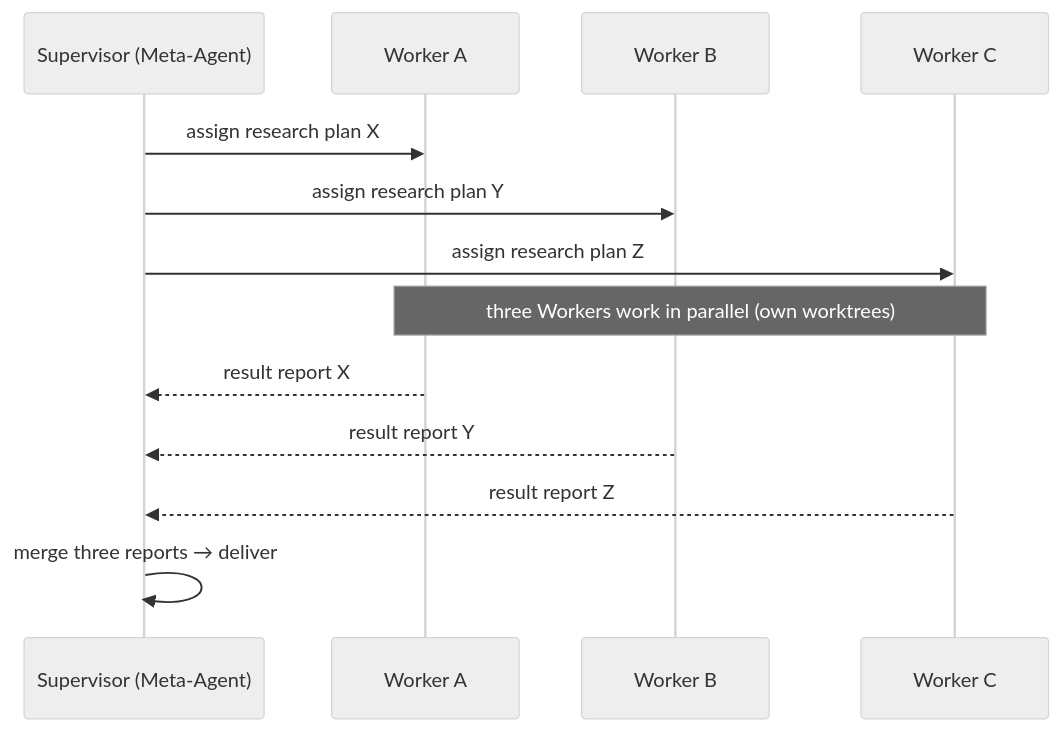
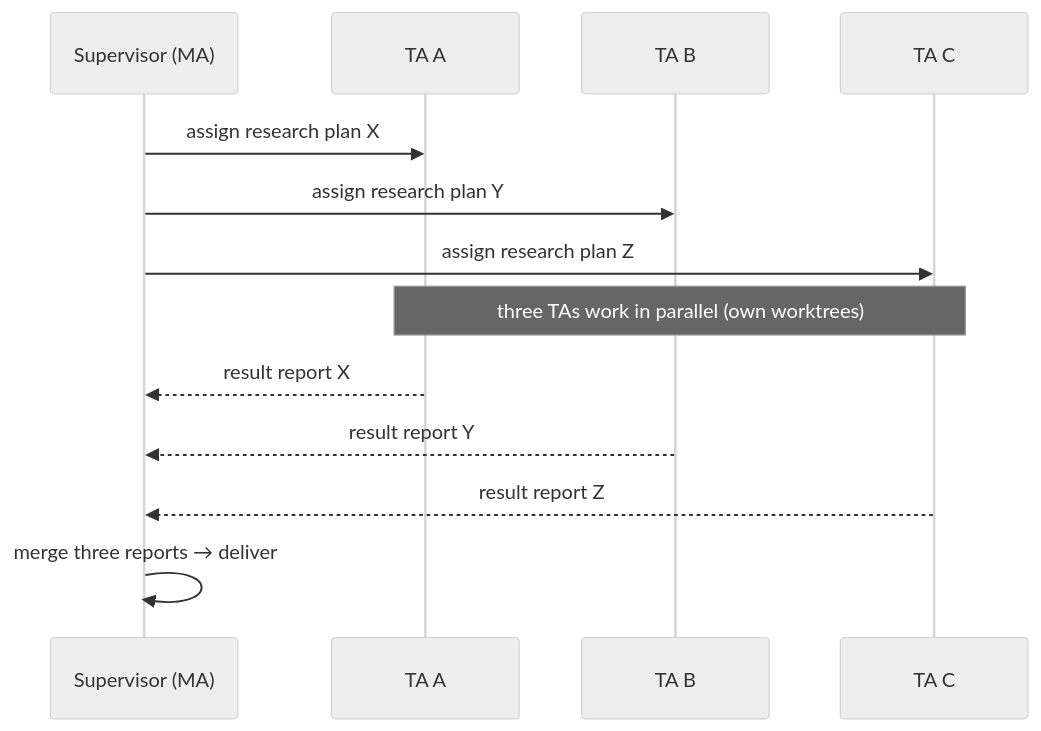
The diagram in README.en.md (AblazeGHR/pan), drawn with Mermaid (neutral theme) before and after one commit. The commit also changed other lines of this file and 9 other files, not shown here.

````diff
--- a/README.en.md
+++ b/README.en.md
@@ -151,15 +152,15 @@
 ```mermaid
 sequenceDiagram
-    participant Meta as Supervisor (Meta-Agent)
-    participant A as Worker A
-    participant B as Worker B
-    participant C as Worker C
+    participant Meta as Supervisor (MA)
+    participant A as TA A
+    participant B as TA B
+    participant C as TA C
     Meta->>A: assign research plan X
     Meta->>B: assign research plan Y
     Meta->>C: assign research plan Z
-    Note over A,C: three Workers work in parallel (own worktrees)
+    Note over A,C: three TAs work in parallel (own worktrees)
     A-->>Meta: result report X
     B-->>Meta: result report Y
     C-->>Meta: result report Z
     Meta->>Meta: merge three reports → deliver
 ```
````
